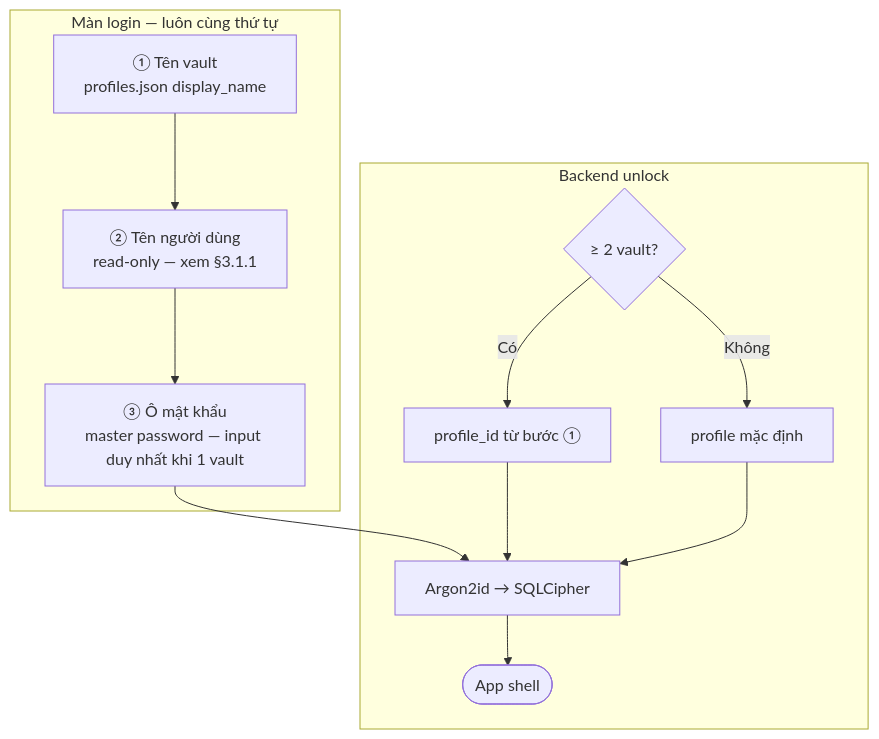
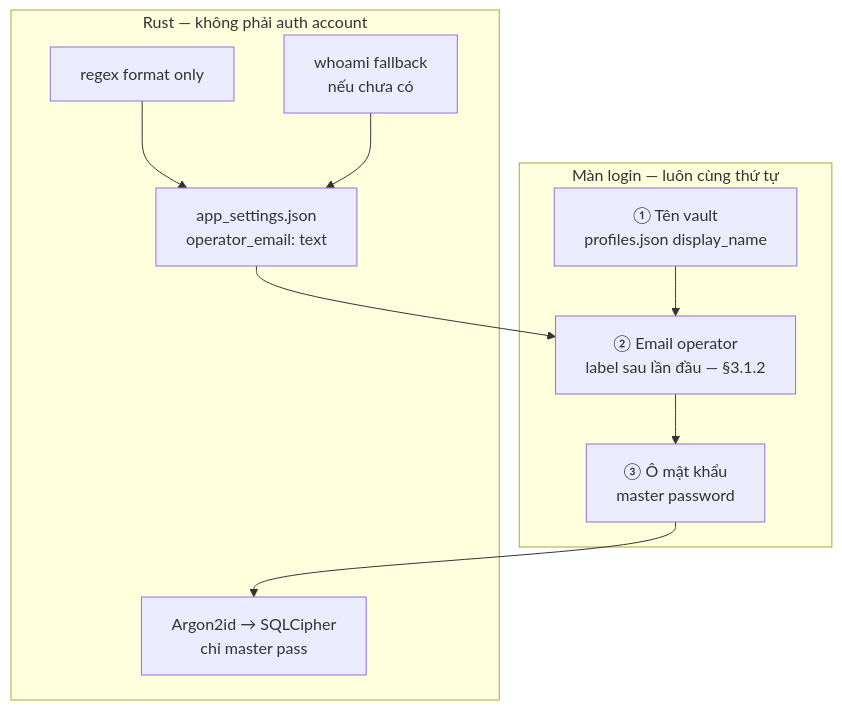
One commit to SK-Vietnam-Fishery/vipavault changed the second of 15 diagrams in docs/technical-decisions.md. Above: the diagram before and after it, drawn with Mermaid. The commit also changed other lines of this file and 10 other files, not shown here.

First line of the commit message:
docs: operator_email display label via backend app_settings

````diff
--- a/docs/technical-decisions.md
+++ b/docs/technical-decisions.md
@@ -82,19 +83,20 @@
 ```mermaid
 flowchart TB
   subgraph UI["Màn login — luôn cùng thứ tự"]
     V["① Tên vault\nprofiles.json display_name"]
-    U["② Tên người dùng\nread-only — xem §3.1.1"]
-    P["③ Ô mật khẩu\nmaster password — input duy nhất khi 1 vault"]
-    V --> U --> P
+    E["② Email operator\nlabel sau lần đầu — §3.1.2"]
+    P["③ Ô mật khẩu\nmaster password"]
+    V --> E --> P
   end
 
-  subgraph Backend["Backend unlock"]
-    P --> Derive[Argon2id → SQLCipher]
-    Multi{≥ 2 vault?}
-    Multi -->|Có| Pick[profile_id từ bước ①]
-    Multi -->|Không| Single[profile mặc định]
-    Pick --> Derive
-    Single --> Derive
-    Derive --> App([App shell])
+  subgraph Backend["Rust — không phải auth account"]
+    Store["app_settings.json\noperator_email: text"]
+    FB["whoami fallback\nnếu chưa có"]
+    Regex["regex format only"]
+    Unlock["Argon2id → SQLCipher\nchỉ master pass"]
+    Regex --> Store
+    FB --> Store
+    Store --> E
+    P --> Unlock
   end
 ```
````
